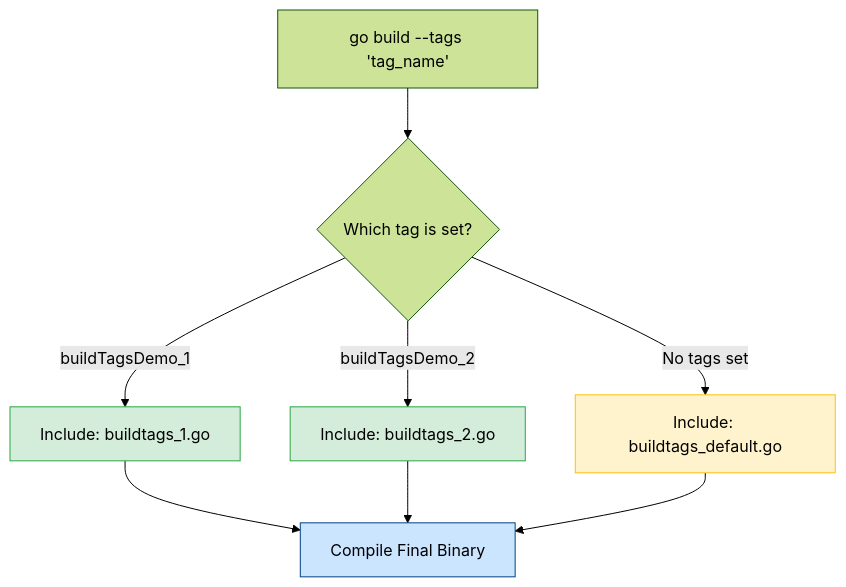
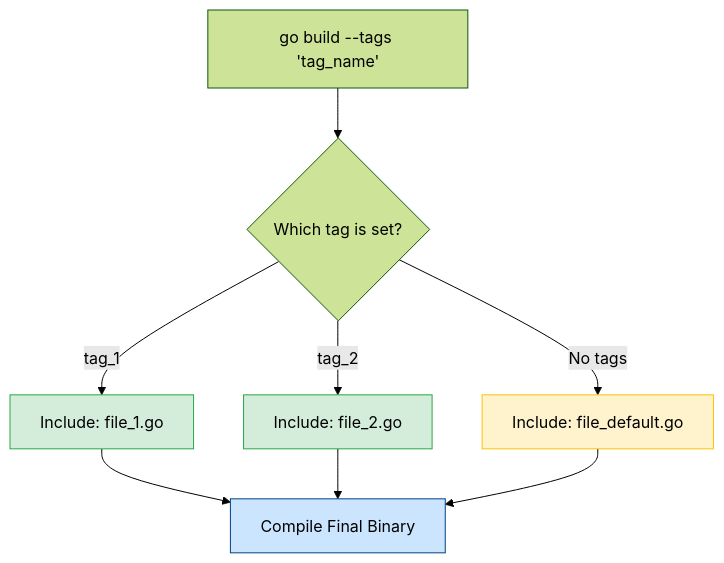
One commit to romangurevitch/GoTraining changed the diagram in internal/basics/buildtags/README.md. Above: the diagram before and after it, drawn with Mermaid (forest theme). The commit also changed other lines of this file and 20 other files, not shown here.

````diff
--- a/internal/basics/buildtags/README.md
+++ b/internal/basics/buildtags/README.md
@@ -24,17 +22,17 @@
 ```mermaid
 graph TD
     Start[go build --tags 'tag_name'] --> Check{Which tag is set?}
     
-    Check -- "buildTagsDemo_1" --> File1[Include: buildtags_1.go]
-    Check -- "buildTagsDemo_2" --> File2[Include: buildtags_2.go]
-    Check -- "No tags set" --> FileD[Include: buildtags_default.go]
+    Check -- "tag_1" --> File1[Include: file_1.go]
+    Check -- "tag_2" --> File2[Include: file_2.go]
+    Check -- "No tags" --> FileD[Include: file_default.go]
     
     File1 --> Compile[Compile Final Binary]
     File2 --> Compile
     FileD --> Compile
     
     style File1 fill:#d4edda,stroke:#28a745
     style File2 fill:#d4edda,stroke:#28a745
     style FileD fill:#fff3cd,stroke:#ffc107
     style Compile fill:#cce5ff,stroke:#004085
 ```
````
